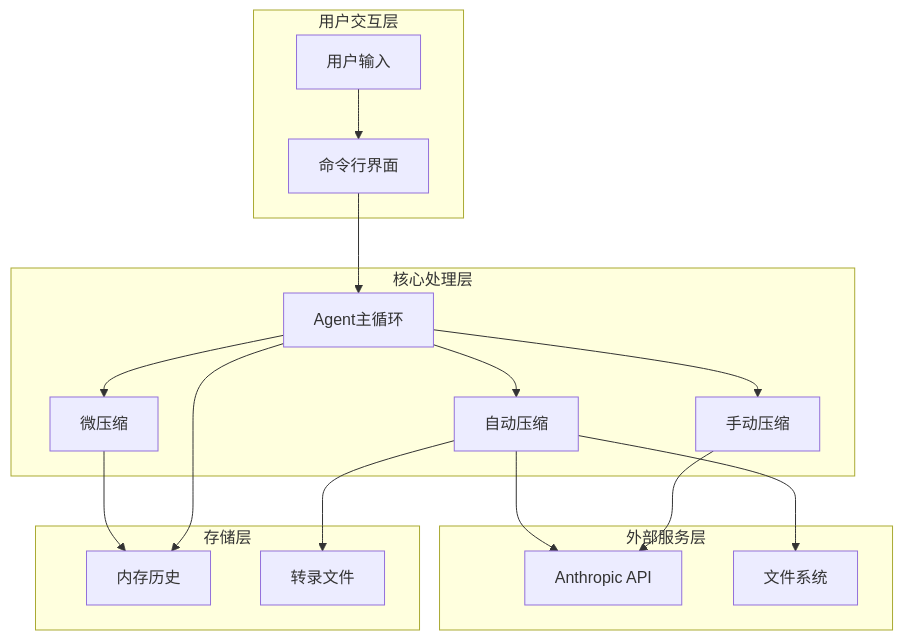
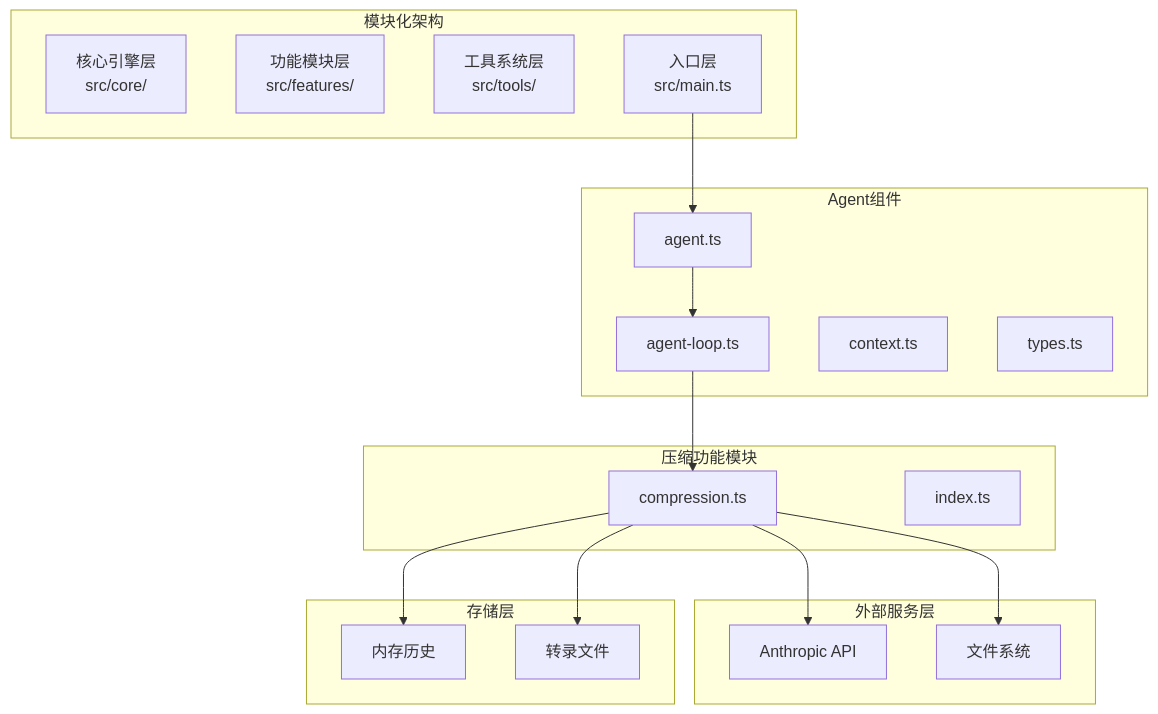
The third of 7 diagrams in .qoder/repowiki/zh/content/核心功能详解/内存压缩机制.md (eurekaYYzero/Mini-Claude-Code), drawn with Mermaid before and after one commit. The commit also changed other lines of this file and 27 other files, not shown here.

````diff
--- a/.qoder/repowiki/zh/content/核心功能详解/内存压缩机制.md
+++ b/.qoder/repowiki/zh/content/核心功能详解/内存压缩机制.md
@@ -143,32 +163,34 @@
 ```mermaid
 graph TB
-subgraph "用户交互层"
-User[用户输入]
-CLI[命令行界面]
+subgraph "模块化架构"
+Core[核心引擎层<br/>src/core/]
+Features[功能模块层<br/>src/features/]
+Tools[工具系统层<br/>src/tools/]
+Main[入口层<br/>src/main.ts]
 end
-subgraph "核心处理层"
-AgentLoop[Agent主循环]
-MicroCompact[微压缩]
-AutoCompact[自动压缩]
-ManualCompact[手动压缩]
+subgraph "压缩功能模块"
+Compression[compression.ts]
+CompressionIndex[index.ts]
+end
+subgraph "Agent组件"
+AgentLoop[agent-loop.ts]
+AgentClass[agent.ts]
+Context[context.ts]
+Types[types.ts]
 end
 subgraph "外部服务层"
 Anthropic[Anthropic API]
 FileSystem[文件系统]
 end
 subgraph "存储层"
 Memory[内存历史]
 Transcripts[转录文件]
 end
-User --> CLI
-CLI --> AgentLoop
-AgentLoop --> MicroCompact
-AgentLoop --> AutoCompact
-AgentLoop --> ManualCompact
-AutoCompact --> Anthropic
-AutoCompact --> FileSystem
-ManualCompact --> Anthropic
-MicroCompact --> Memory
-AutoCompact --> Transcripts
-AgentLoop --> Memory
+Main --> AgentClass
+AgentClass --> AgentLoop
+AgentLoop --> Compression
+Compression --> Anthropic
+Compression --> FileSystem
+Compression --> Memory
+Compression --> Transcripts
 ```
````
